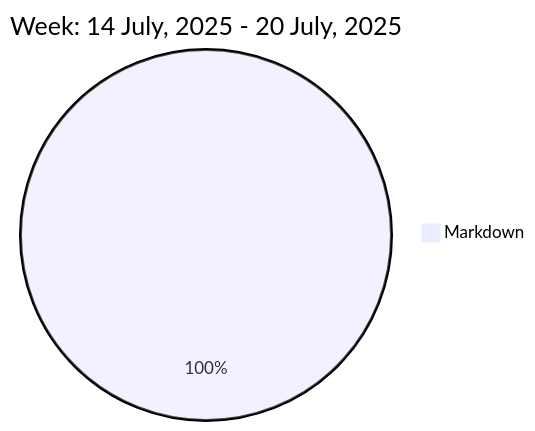
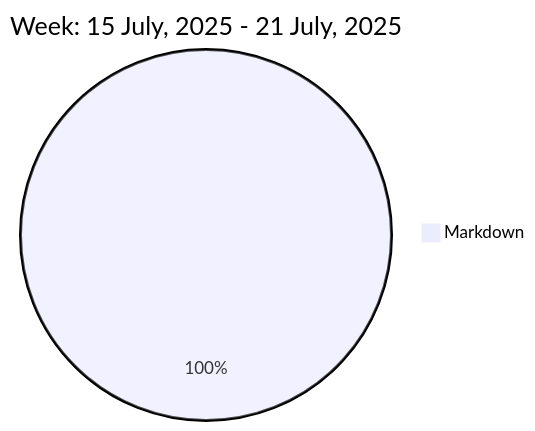
The diagram in README.md (liubin95/liubin95), drawn with Mermaid before and after one commit.

Commit message:
Updated the Graph with new Metrics

````diff
--- a/README.md
+++ b/README.md
@@ -37,5 +37,5 @@
 ```mermaid
  pie
-title Week: 14 July, 2025 - 20 July, 2025
- "Markdown" : 2.18
+title Week: 15 July, 2025 - 21 July, 2025
+ "Markdown" : 2.05
 ```
````
